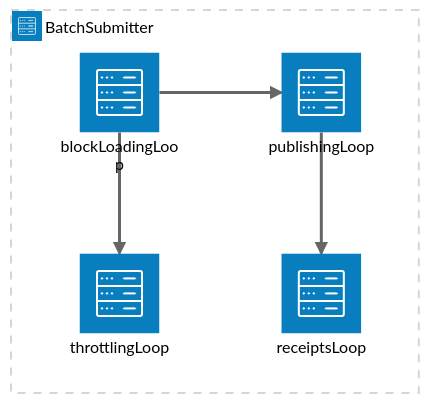
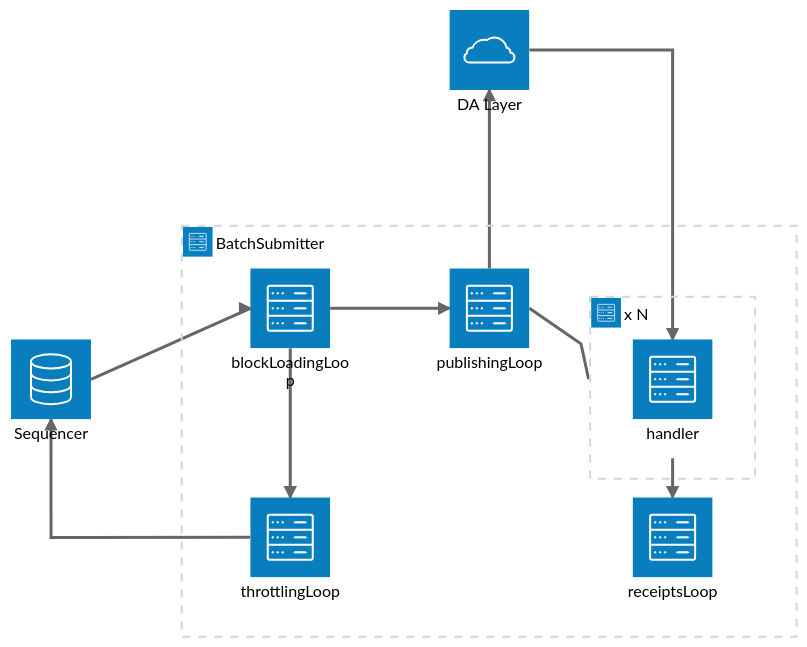
One commit to ethereum-optimism/optimism-monorepo changed the diagram in op-batcher/readme.md. Above: the diagram before and after it, drawn with Mermaid (neutral theme). The commit also changed 1 other file, not shown here.

Commit message:
improve diagram

````diff
--- a/op-batcher/readme.md
+++ b/op-batcher/readme.md
@@ -68,13 +68,26 @@
 ```mermaid
 architecture-beta
+
+    service seq(database)[Sequencer]
+    service dalayer(cloud)[DA Layer]
+
     group bs(server)[BatchSubmitter]
-
     service blockLoadingLoop(server)[blockLoadingLoop] in bs
     service publishingLoop(server)[publishingLoop] in bs
     service receiptsLoop(server)[receiptsLoop] in bs
     service throttlingLoop(server)[throttlingLoop] in bs
 
-		blockLoadingLoop:R --> L:publishingLoop
-		blockLoadingLoop:B --> T:throttlingLoop
-		publishingLoop:B --> T:receiptsLoop
+    group h(server)[x N] in bs
+    service handler(server)[handler] in h
+
+    blockLoadingLoop:R --> L:publishingLoop
+    blockLoadingLoop:B --> T:throttlingLoop
+    publishingLoop:R -- L:handler{group}
+    handler{group}:B --> T:receiptsLoop
+
+    seq:R -->L:blockLoadingLoop
+    seq:B <--L:throttlingLoop
+
+    publishingLoop:T --> B:dalayer
+    handler:T <--R:dalayer
 ```
````
